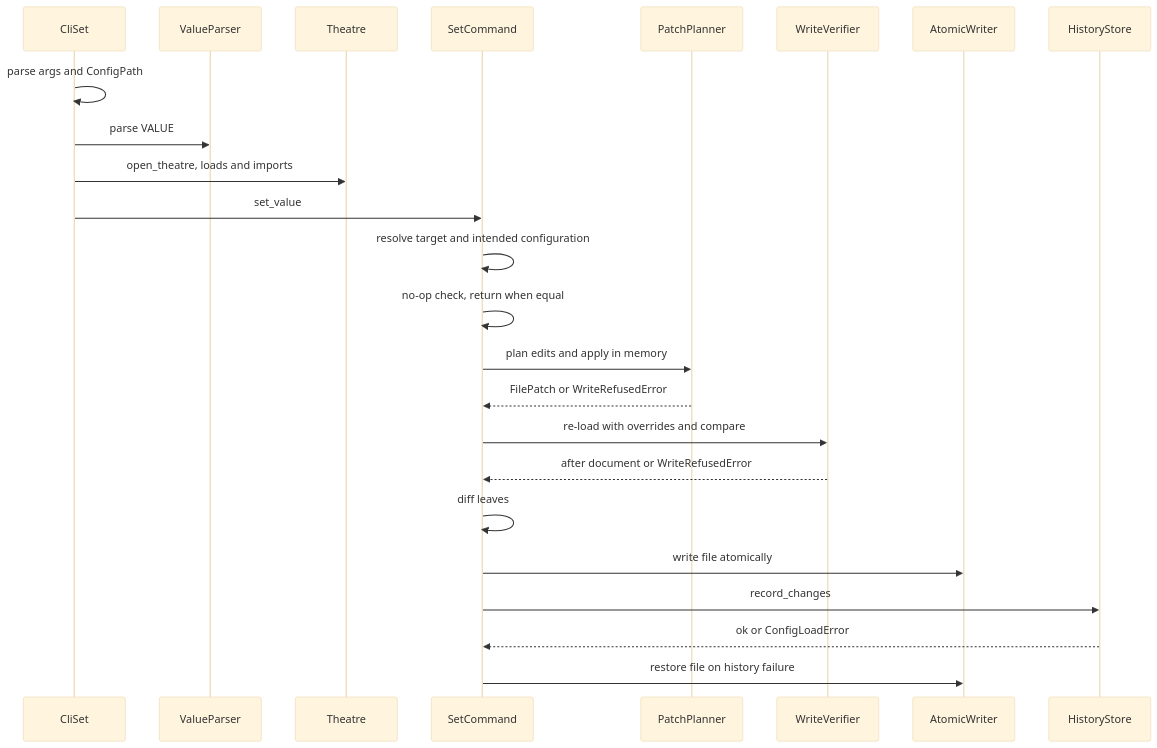
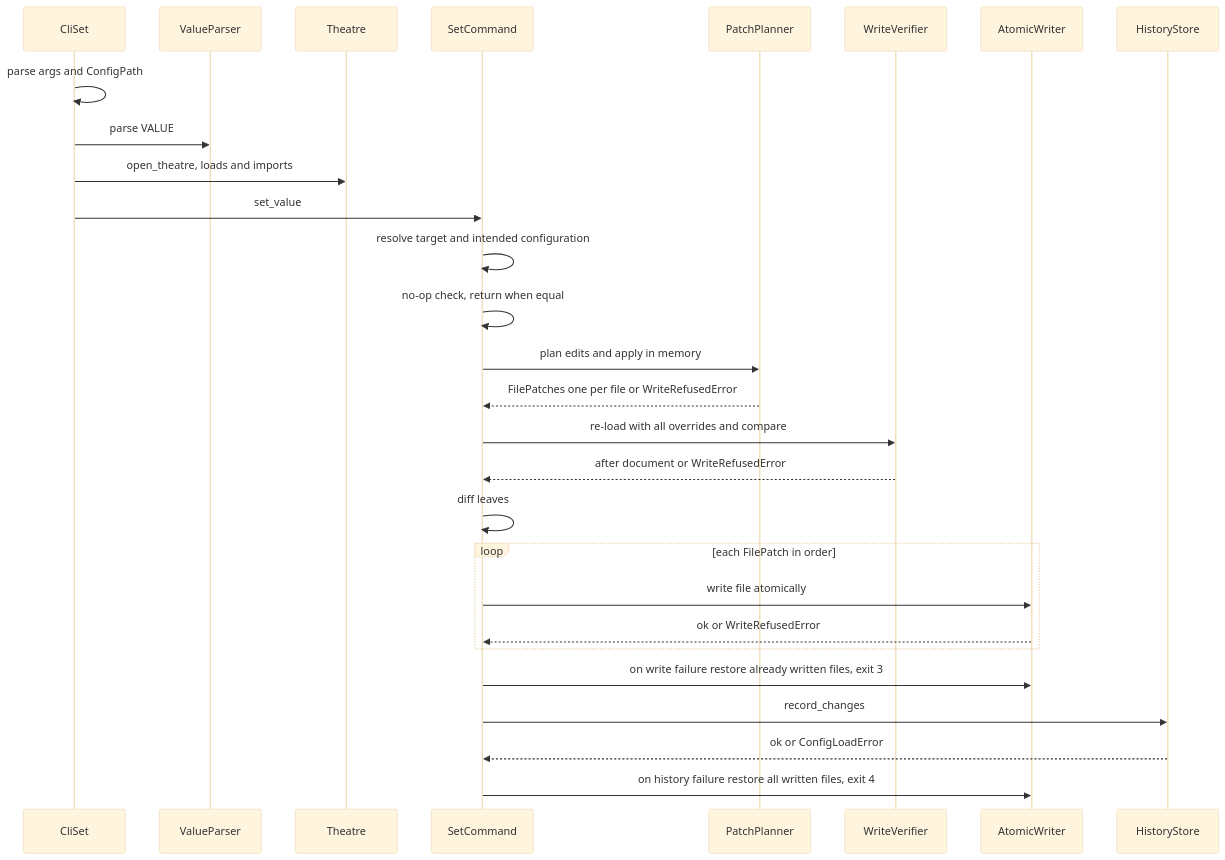
Before and after one commit to troupe-run/bakeoff-specs-ccsdd-pass1: the second of 3 diagrams in .kiro/specs/config-set-writeback/design.md, drawn with Mermaid (base theme). The commit also changed other lines of this file and 10 other files, not shown here.

````diff
--- a/.kiro/specs/config-set-writeback/design.md
+++ b/.kiro/specs/config-set-writeback/design.md
@@ -216,26 +223,30 @@
 ```mermaid
 sequenceDiagram
     participant C as CliSet
     participant V as ValueParser
     participant T as Theatre
     participant S as SetCommand
     participant P as PatchPlanner
     participant W as WriteVerifier
     participant A as AtomicWriter
     participant H as HistoryStore
     C->>C: parse args and ConfigPath
     C->>V: parse VALUE
     C->>T: open_theatre, loads and imports
     C->>S: set_value
     S->>S: resolve target and intended configuration
     S->>S: no-op check, return when equal
     S->>P: plan edits and apply in memory
-    P-->>S: FilePatch or WriteRefusedError
-    S->>W: re-load with overrides and compare
+    P-->>S: FilePatches one per file or WriteRefusedError
+    S->>W: re-load with all overrides and compare
     W-->>S: after document or WriteRefusedError
     S->>S: diff leaves
-    S->>A: write file atomically
+    loop each FilePatch in order
+        S->>A: write file atomically
+        A-->>S: ok or WriteRefusedError
+    end
+    S->>A: on write failure restore already written files, exit 3
     S->>H: record_changes
     H-->>S: ok or ConfigLoadError
-    S->>A: restore file on history failure
+    S->>A: on history failure restore all written files, exit 4
 ```
````
